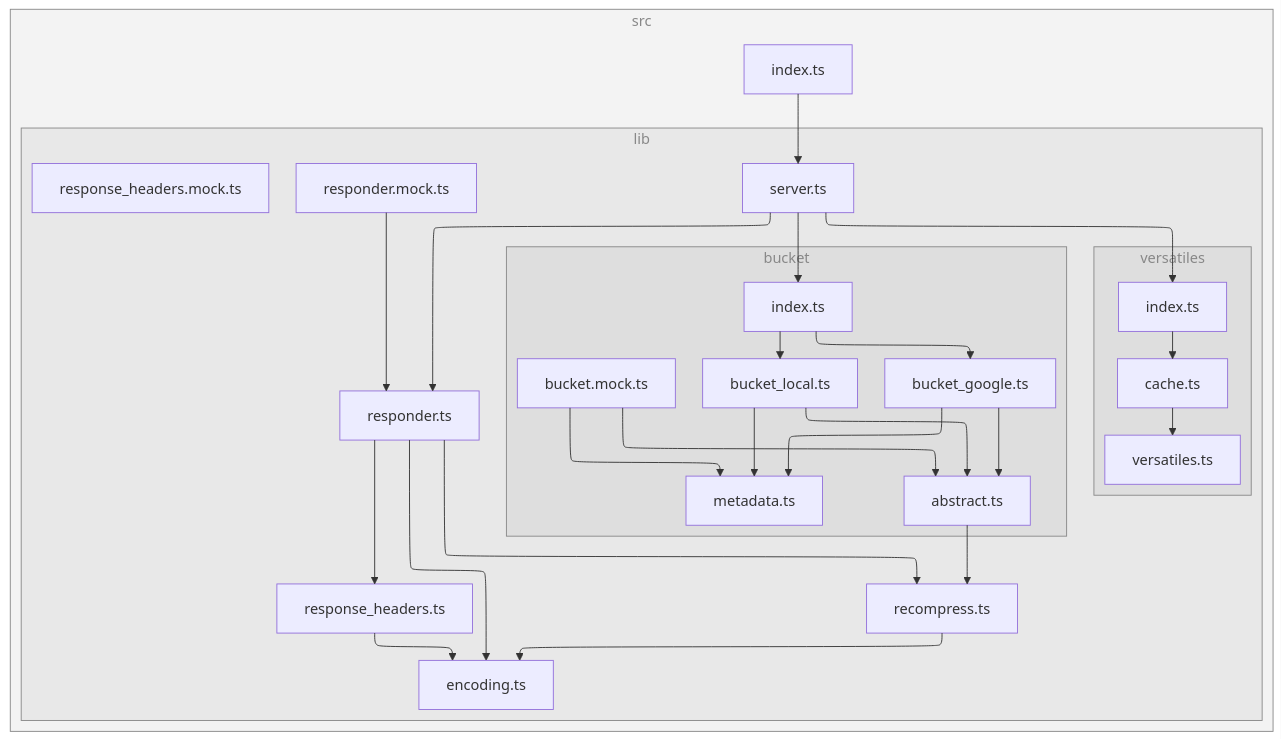
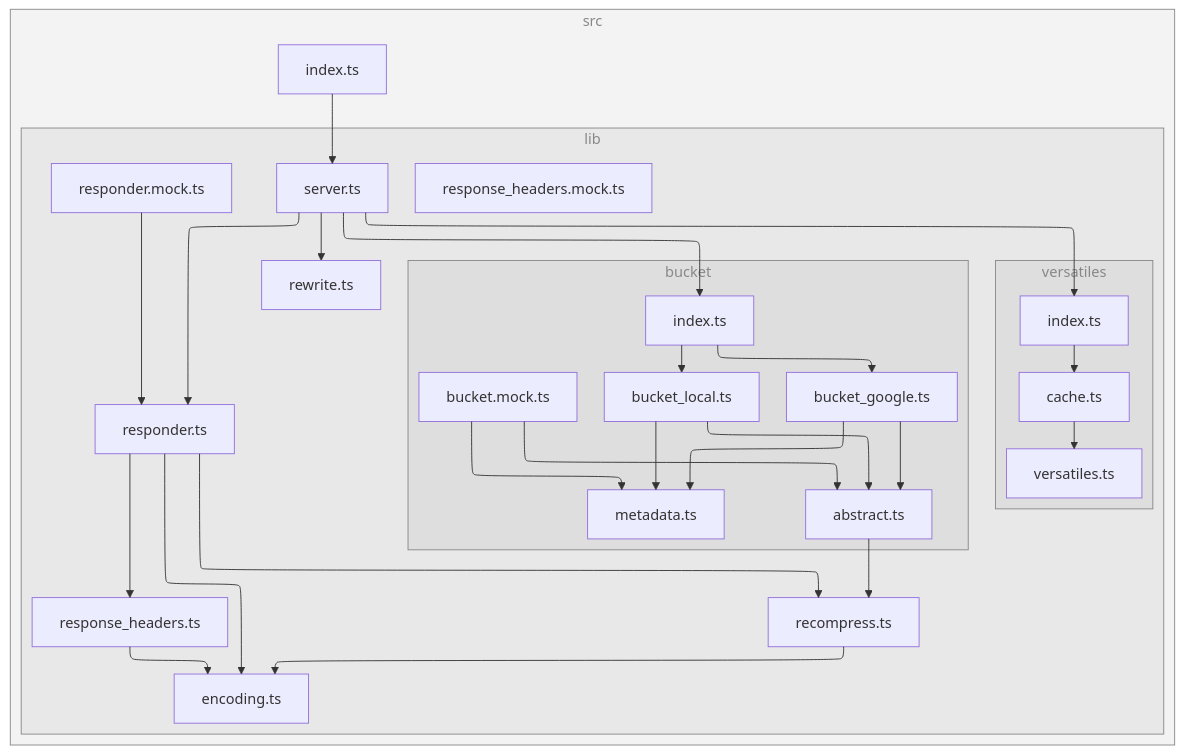
One commit to versatiles-org/node-versatiles-google-cloud changed the diagram in README.md. Above: the diagram before and after it, drawn with Mermaid. The commit also changed other lines of this file and 5 other files, not shown here.

````diff
--- a/README.md
+++ b/README.md
@@ -101,57 +101,59 @@
 ```mermaid
 ---
 config:
   layout: elk
 ---
 flowchart TB
 
 subgraph 0["src"]
 1["index.ts"]
 subgraph 2["lib"]
 3["server.ts"]
 subgraph 4["bucket"]
 5["index.ts"]
 6["bucket_google.ts"]
 7["abstract.ts"]
 A["metadata.ts"]
 B["bucket_local.ts"]
-I["bucket.mock.ts"]
+J["bucket.mock.ts"]
 end
 8["recompress.ts"]
 9["encoding.ts"]
 C["responder.ts"]
 D["response_headers.ts"]
-subgraph E["versatiles"]
-F["index.ts"]
-G["cache.ts"]
-H["versatiles.ts"]
+E["rewrite.ts"]
+subgraph F["versatiles"]
+G["index.ts"]
+H["cache.ts"]
+I["versatiles.ts"]
 end
-J["responder.mock.ts"]
-K["response_headers.mock.ts"]
+K["responder.mock.ts"]
+L["response_headers.mock.ts"]
 end
 end
 1-->3
 3-->5
 3-->C
-3-->F
+3-->E
+3-->G
 5-->6
 5-->B
 6-->7
 6-->A
 7-->8
 8-->9
 B-->7
 B-->A
 C-->9
 C-->8
 C-->D
 D-->9
-F-->G
 G-->H
-I-->7
-I-->A
-J-->C
+H-->I
+J-->7
+J-->A
+K-->C
 
-class 0,2,4,E subgraphs;
+class 0,2,4,F subgraphs;
 classDef subgraphs fill-opacity:0.1, fill:#888, color:#888, stroke:#888;
 ```
````
